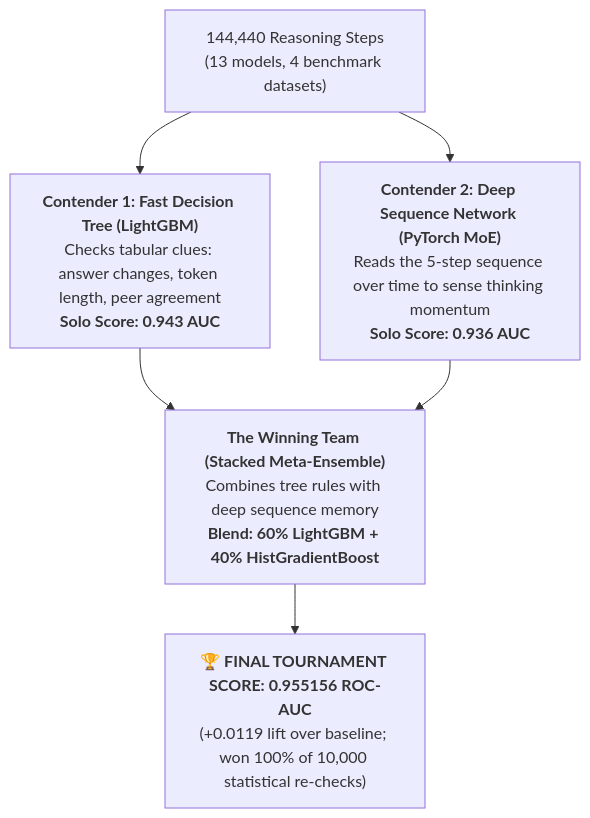
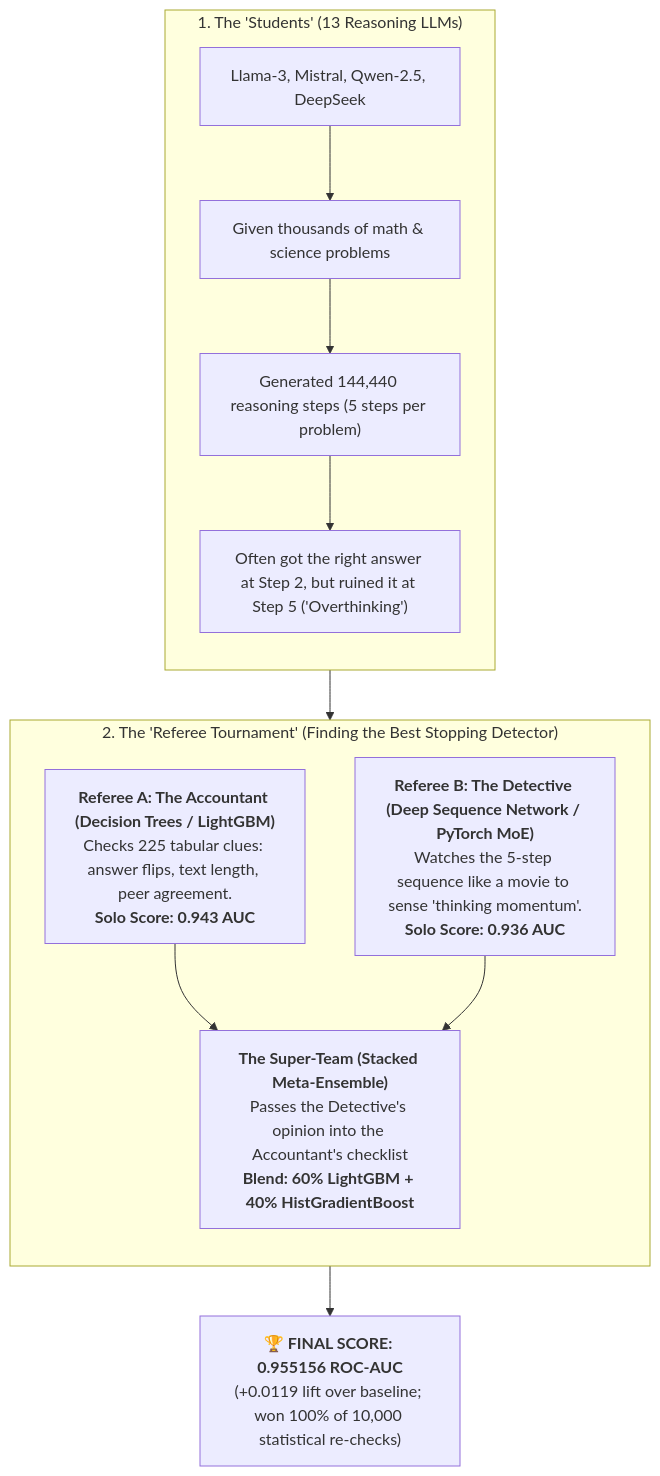
Before and after one commit to bhattadiCS/research-thesis-overthinking-boundary: the diagram in README.md, drawn with Mermaid. The commit also changed other lines of this file and 2 other files, not shown here.

Commit message:
docs: clarify 0.955 AUC tournament mechanism as Students vs Referees across README and roadmaps

````diff
--- a/README.md
+++ b/README.md
@@ -78,8 +76,23 @@
 ```mermaid
 flowchart TD
-    A["144,440 Reasoning Steps<br/>(13 models, 4 benchmark datasets)"] --> B1["<b>Contender 1: Fast Decision Tree (LightGBM)</b><br/>Checks tabular clues: answer changes, token length, peer agreement<br/><b>Solo Score: 0.943 AUC</b>"]
-    A --> B2["<b>Contender 2: Deep Sequence Network (PyTorch MoE)</b><br/>Reads the 5-step sequence over time to sense thinking momentum<br/><b>Solo Score: 0.936 AUC</b>"]
-    B1 --> C["<b>The Winning Team (Stacked Meta-Ensemble)</b><br/>Combines tree rules with deep sequence memory<br/><b>Blend: 60% LightGBM + 40% HistGradientBoost</b>"]
-    B2 --> C
-    C --> D["🏆 <b>FINAL TOURNAMENT SCORE: 0.955156 ROC-AUC</b><br/>(+0.0119 lift over baseline; won 100% of 10,000 statistical re-checks)"]
+    subgraph Students["1. The 'Students' (13 Reasoning LLMs)"]
+        direction TB
+        S1["Llama-3, Mistral, Qwen-2.5, DeepSeek"]
+        S2["Given thousands of math & science problems"]
+        S3["Generated 144,440 reasoning steps (5 steps per problem)"]
+        S4["Often got the right answer at Step 2, but ruined it at Step 5 ('Overthinking')"]
+        S1 --> S2 --> S3 --> S4
+    end
+
+    subgraph Referees["2. The 'Referee Tournament' (Finding the Best Stopping Detector)"]
+        direction TB
+        R1["<b>Referee A: The Accountant (Decision Trees / LightGBM)</b><br/>Checks 225 tabular clues: answer flips, text length, peer agreement.<br/><b>Solo Score: 0.943 AUC</b>"]
+        R2["<b>Referee B: The Detective (Deep Sequence Network / PyTorch MoE)</b><br/>Watches the 5-step sequence like a movie to sense 'thinking momentum'.<br/><b>Solo Score: 0.936 AUC</b>"]
+        R3["<b>The Super-Team (Stacked Meta-Ensemble)</b><br/>Passes the Detective's opinion into the Accountant's checklist<br/><b>Blend: 60% LightGBM + 40% HistGradientBoost</b>"]
+        R1 --> R3
+        R2 --> R3
+    end
+
+    Students --> Referees
+    R3 --> Winner["🏆 <b>FINAL SCORE: 0.955156 ROC-AUC</b><br/>(+0.0119 lift over baseline; won 100% of 10,000 statistical re-checks)"]
 ```
````
